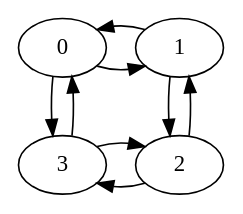
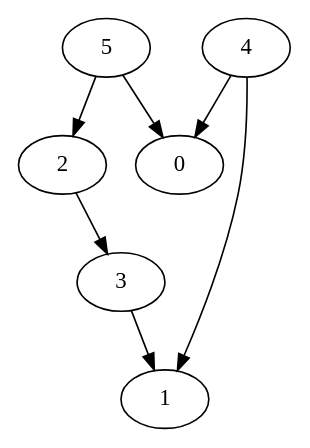
The diagram in inputs/graph4.dot (vudala/topological-sorting), drawn with Graphviz before and after one commit. The commit also changed 5 other files, not shown here.

```diff
--- a/inputs/graph4.dot
+++ b/inputs/graph4.dot
@@ -1,9 +1,8 @@
-digraph {
-     0 -> {1 3}
-     1 -> {0 2}
-     2 -> {3 1}
-     3 -> {2 0}
-     // Put specified nodes on same row:
-     {rank=same; 0; 1}
-     {rank=same; 2; 3}
+digraph G {
+  5 -> 0;
+  4 -> 0;
+  5 -> 2;
+  4 -> 1;
+  2 -> 3;
+  3 -> 1;
 }
```
